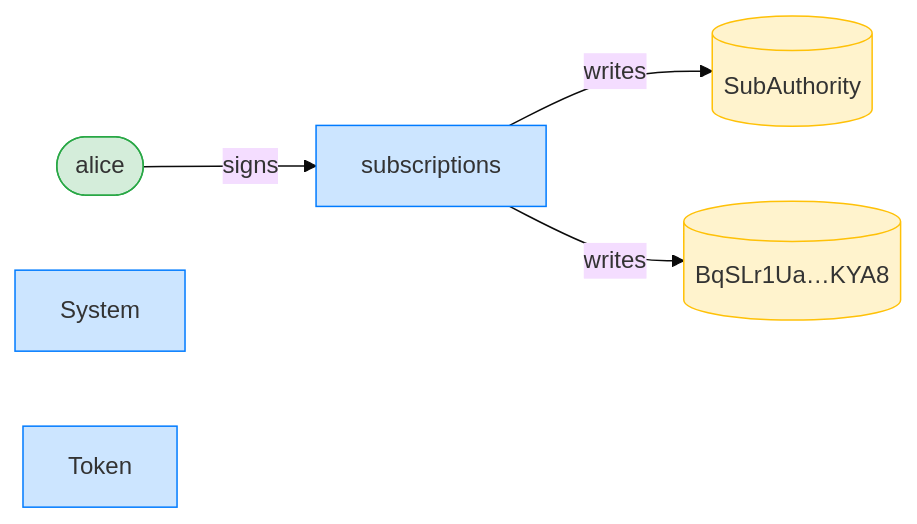
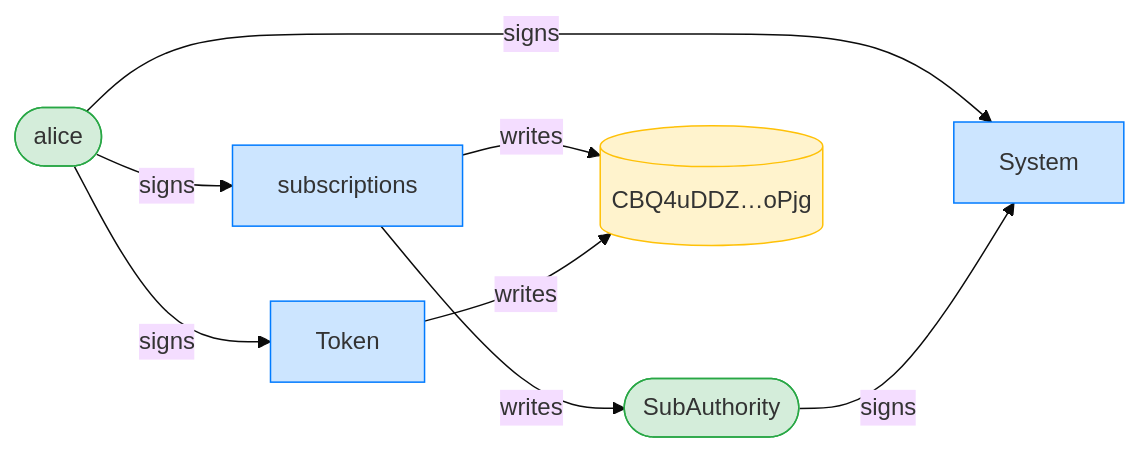
One commit to cds-rs/subscriptions changed the third of 8 diagrams in dsl_tests/fixed-transfer-past-the-drift-window-is-refused.md. Above: the diagram before and after it, drawn with Mermaid (base theme). The commit also changed other lines of this file and 224 other files, not shown here.

````diff
--- a/dsl_tests/fixed-transfer-past-the-drift-window-is-refused.md
+++ b/dsl_tests/fixed-transfer-past-the-drift-window-is-refused.md
@@ -55,15 +56,19 @@
 ```mermaid
 flowchart LR
     classDef signer fill:#d4edda,stroke:#28a745;
     classDef program fill:#cce5ff,stroke:#007bff;
     classDef writable fill:#fff3cd,stroke:#ffc107;
     subscriptions[subscriptions]:::program
     alice([alice]):::signer
-    SubAuthority[(SubAuthority)]:::writable
-    BqSLr1Ua_KYA8[("BqSLr1Ua…KYA8")]:::writable
+    SubAuthority([SubAuthority]):::signer
+    CBQ4uDDZ_oPjg[("CBQ4uDDZ…oPjg")]:::writable
     System[System]:::program
     Token[Token]:::program
     alice -->|signs| subscriptions
+    alice -->|signs| System
+    SubAuthority -->|signs| System
+    alice -->|signs| Token
     subscriptions -->|writes| SubAuthority
-    subscriptions -->|writes| BqSLr1Ua_KYA8
+    subscriptions -->|writes| CBQ4uDDZ_oPjg
+    Token -->|writes| CBQ4uDDZ_oPjg
 ```
````
